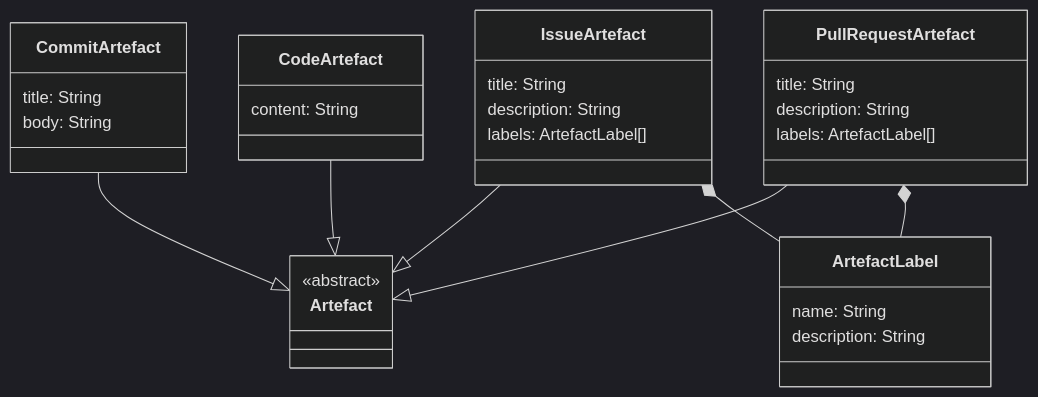
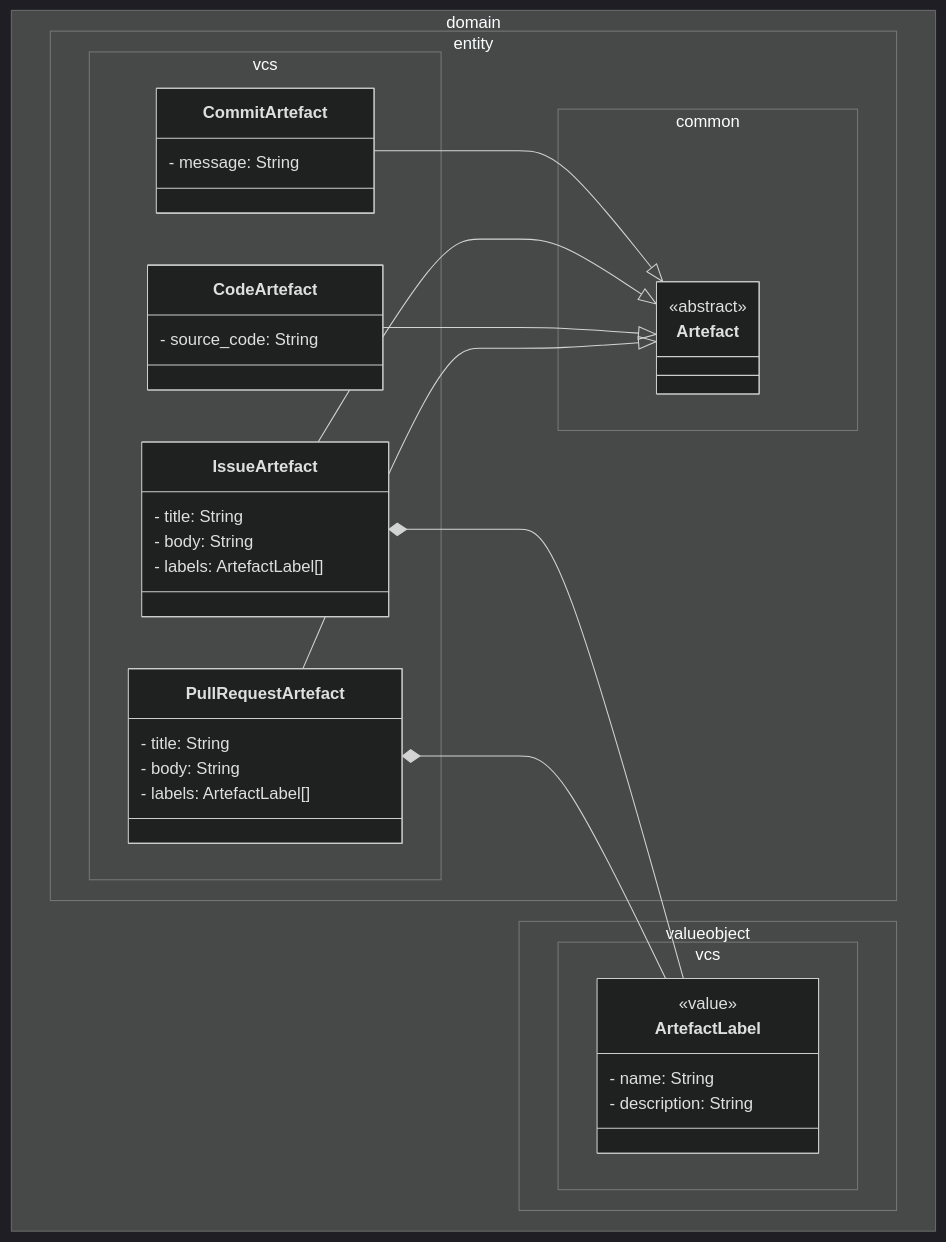
The first of 2 diagrams in docs/entities.md (BHarris02/SASD-Detection-Tool), drawn with Mermaid (dark theme) before and after one commit.

Commit message:
docs: update vcs entities diagram

````diff
--- a/docs/entities.md
+++ b/docs/entities.md
@@ -5,37 +5,47 @@
 ```mermaid
 classDiagram
-    class Artefact {
-        <<abstract>>
+    namespace domain.entity.common {
+        class Artefact {
+            <<abstract>>
+        }
     }
-    class CommitArtefact {
-        title: String
-        body: String
+
+    namespace domain.entity.vcs {
+        class CommitArtefact {
+            - message: String
+        }
+
+        class IssueArtefact {
+            - title: String
+            - body: String
+            - labels: ArtefactLabel[]
+        }
+
+        class CodeArtefact {
+            - source_code: String
+        }
+
+        class PullRequestArtefact {
+            - title: String
+            - body: String
+            - labels: ArtefactLabel[]
+        }
     }
-    class IssueArtefact {
-        title: String
-        description: String
-        labels: ArtefactLabel[]
+
+    namespace domain.valueobject.vcs {
+        class ArtefactLabel {
+            <<value>>
+            - name: String
+            - description: String
+        }
     }
-    class ArtefactLabel {
-        name: String
-        description: String
-    }
-    class CodeArtefact {
-        content: String
-    }
-    class PullRequestArtefact {
-        title: String
-        description: String
-        labels: ArtefactLabel[]
-    }
-    
+
 CommitArtefact --|> Artefact
+IssueArtefact --|> Artefact
+CodeArtefact --|> Artefact
+PullRequestArtefact --|> Artefact
 
-IssueArtefact --|> Artefact
 IssueArtefact *-- ArtefactLabel
+PullRequestArtefact *-- ArtefactLabel
 
-CodeArtefact --|> Artefact
-
-PullRequestArtefact --|> Artefact
-PullRequestArtefact *-- ArtefactLabel
 ```
````
